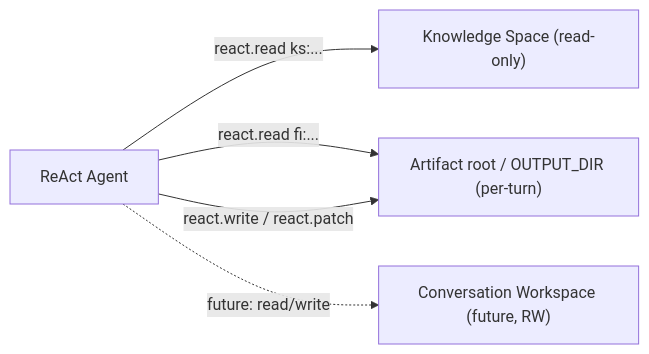
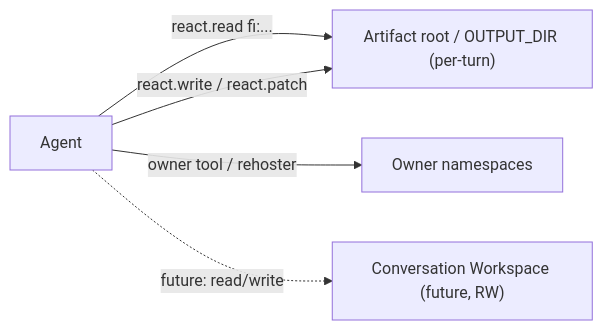
The diagram in app/ai-app/docs/sdk/agents/react/react-context-README.md (kdcube/kdcube), drawn with Mermaid before and after one commit. The commit also changed other lines of this file and 281 other files, not shown here.

````diff
--- a/app/ai-app/docs/sdk/agents/react/react-context-README.md
+++ b/app/ai-app/docs/sdk/agents/react/react-context-README.md
@@ -71,7 +72,7 @@
 ```mermaid
 flowchart LR
-  Agent[ReAct Agent] -->|react.read ks:...| KS["Knowledge Space (read-only)"]
   Agent -->|react.read fi:...| OUT["Artifact root / OUTPUT_DIR (per-turn)"]
   Agent -->|react.write / react.patch| OUT
+  Agent -->|owner tool / rehoster| OWN["Owner namespaces"]
   Agent -. future: read/write .-> WK["Conversation Workspace (future, RW)"]
 ```
````
